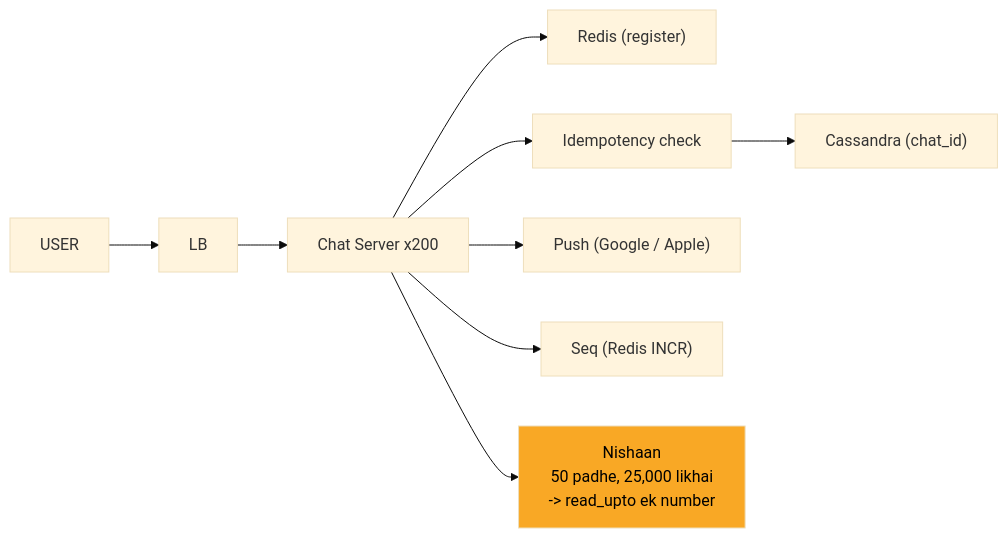
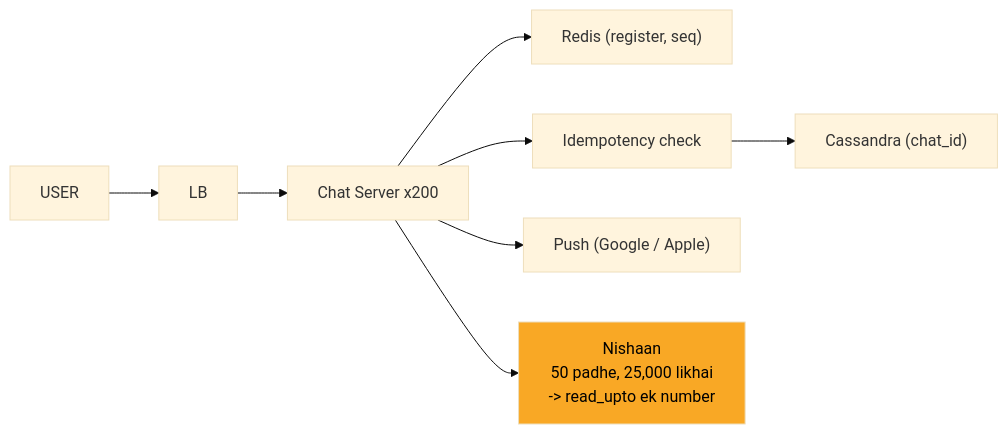
Before and after one commit to ArpanMaheshwari144/Prep: the ninth of 12 diagrams in 04_HLD/SYSTEM_DESIGNS/14_chat_messaging/14_chat_messaging.md, drawn with Mermaid (base theme). The commit also changed other lines of this file and 11 other files, not shown here.

Commit message:
hld: card diagrams max 8 boxes (App x N, merged stores/chains; full diagram only in AAKHRI DABBA)

````diff
--- a/04_HLD/SYSTEM_DESIGNS/14_chat_messaging/14_chat_messaging.md
+++ b/04_HLD/SYSTEM_DESIGNS/14_chat_messaging/14_chat_messaging.md
@@ -347,21 +347,19 @@
 ```mermaid
 flowchart LR
     n_U["USER"]
     n_LB["LB"]
     n_CS["Chat Server x200"]
-    n_R["Redis (register)"]
+    n_R["Redis (register, seq)"]
     n_I["Idempotency check"]
     n_CA["Cassandra (chat_id)"]
     n_P["Push (Google / Apple)"]
-    n_SQ["Seq (Redis INCR)"]
     n_NS["Nishaan<br/>50 padhe, 25,000 likhai<br/>-> read_upto ek number"]
     n_U --> n_LB
     n_LB --> n_CS
     n_CS --> n_R
     n_CS --> n_I
     n_I --> n_CA
     n_CS --> n_P
-    n_CS --> n_SQ
     n_CS --> n_NS
     style n_NS fill:#f9a825,color:#000
 ```
````
